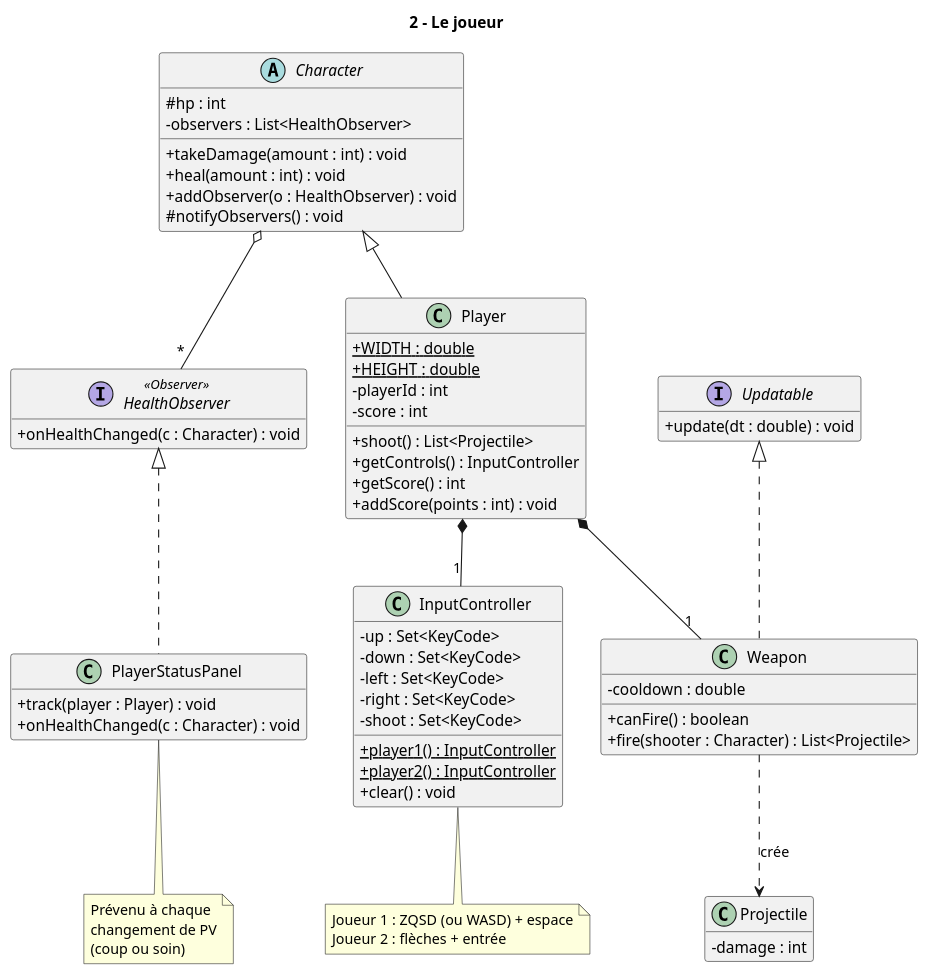
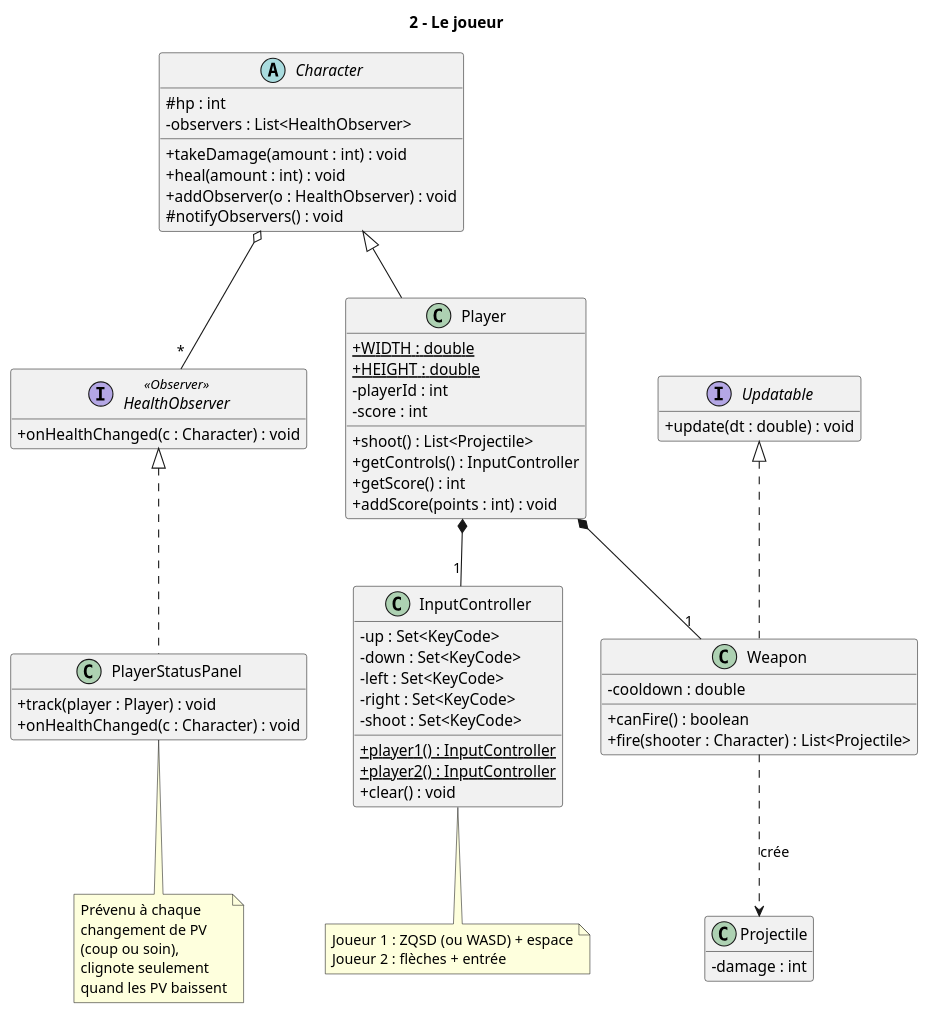
Before and after one commit to MeghCH/2d-Game-Natural-Fatal-IA: the diagram in Docs/Diagrammes/2_joueur.puml, drawn with PlantUML. The commit also changed 14 other files, not shown here.

Commit message:
docs: align documentation and UML diagrams with the code

```diff
--- a/Docs/Diagrammes/2_joueur.puml
+++ b/Docs/Diagrammes/2_joueur.puml
@@ -1,81 +1,83 @@
 @startuml 2_joueur
 title 2 - Le joueur
 
 skinparam classAttributeIconSize 0
 skinparam shadowing false
 hide empty members
 
 abstract class Character {
   # hp : int
   - observers : List<HealthObserver>
   + takeDamage(amount : int) : void
   + heal(amount : int) : void
   + addObserver(o : HealthObserver) : void
   # notifyObservers() : void
 }
 
 class Player {
   + {static} WIDTH : double
   + {static} HEIGHT : double
   - playerId : int
   - score : int
   + shoot() : List<Projectile>
   + getControls() : InputController
   + getScore() : int
   + addScore(points : int) : void
 }
 
 class InputController {
   - up : Set<KeyCode>
   - down : Set<KeyCode>
   - left : Set<KeyCode>
   - right : Set<KeyCode>
   - shoot : Set<KeyCode>
   + {static} player1() : InputController
   + {static} player2() : InputController
   + clear() : void
 }
 
 interface Updatable {
   + update(dt : double) : void
 }
 
 class Weapon {
   - cooldown : double
   + canFire() : boolean
   + fire(shooter : Character) : List<Projectile>
 }
 
 class Projectile {
   - damage : int
 }
 
 interface HealthObserver <<Observer>> {
   + onHealthChanged(c : Character) : void
 }
 
 class PlayerStatusPanel {
   + track(player : Player) : void
   + onHealthChanged(c : Character) : void
 }
 
 Character <|-- Player
 Player *-- "1" InputController
 Player *-- "1" Weapon
 Weapon ..> Projectile : crée
 Updatable <|.. Weapon
 Character o-- "*" HealthObserver
 HealthObserver <|.. PlayerStatusPanel
 
 note bottom of InputController
   Joueur 1 : ZQSD (ou WASD) + espace
   Joueur 2 : flèches + entrée
 end note
 
 note bottom of PlayerStatusPanel
   Prévenu à chaque
   changement de PV
-  (coup ou soin)
+  (coup ou soin),
+  clignote seulement
+  quand les PV baissent
 end note
 
 @enduml
```
